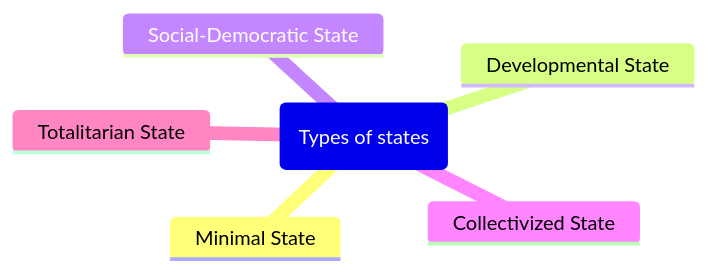
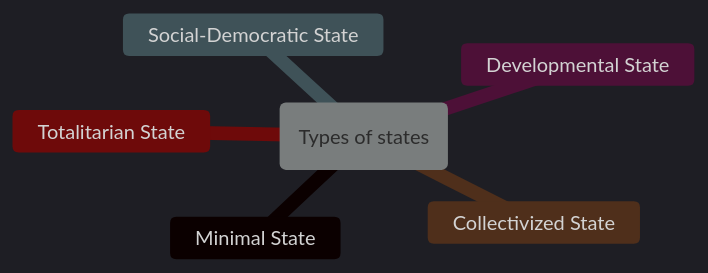
One commit to godofwarnings/genesis-public changed the third of 6 diagrams in src/site/notes/lecture-notes/sem6/ihs/politics/L03.md. Above: the diagram before and after it, drawn with Mermaid.

Commit message:
Update content src/site/notes/lecture-notes/sem6/ihs/politics/L03.md

````diff
--- a/src/site/notes/lecture-notes/sem6/ihs/politics/L03.md
+++ b/src/site/notes/lecture-notes/sem6/ihs/politics/L03.md
@@ -65,9 +65,10 @@
 ```mermaid
+%%{init: {'theme':'dark'}}%%
 mindmap
-  root(Types of states)
-	  Minimal State
-	  Developmental State
-	  Social-Democratic State
-	  Collectivized State
-	  Totalitarian State
+	root(Types of states)
+		Minimal State
+		Developmental State
+		Social-Democratic State
+		Collectivized State
+		Totalitarian State
 ```
````
